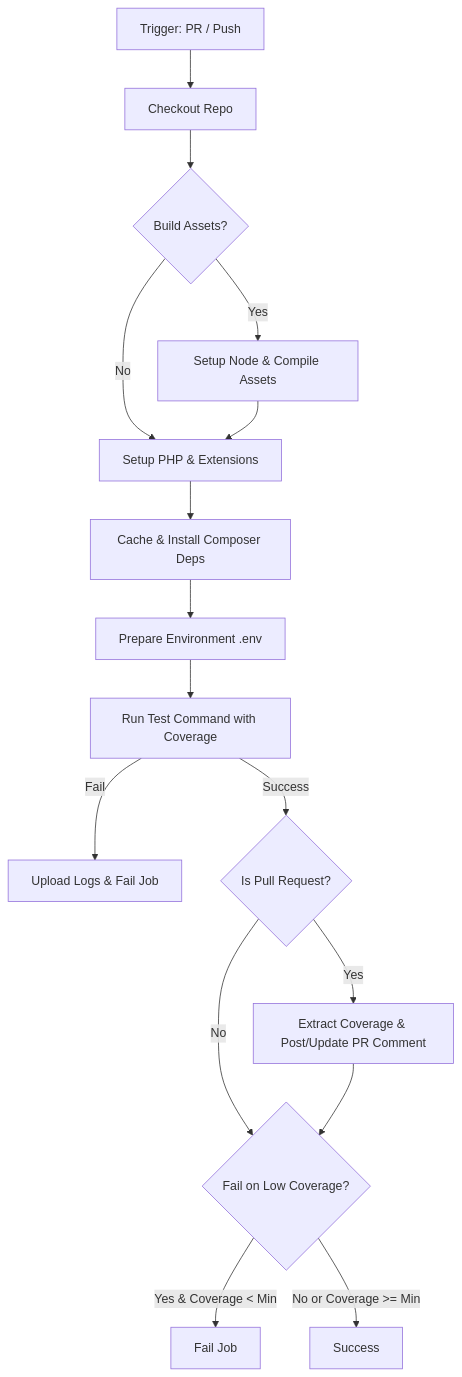
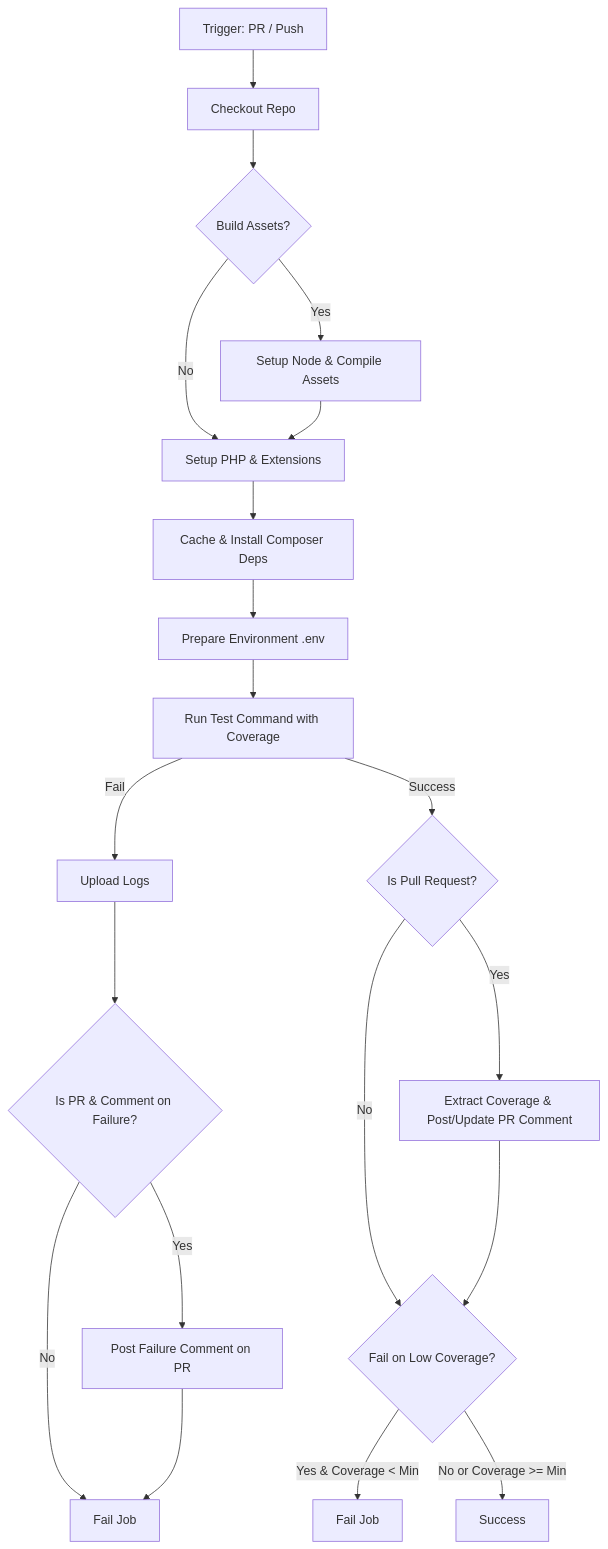
One commit to ym-actions/laravel-coverage-comment changed the diagram in README.md. Above: the diagram before and after it, drawn with Mermaid. The commit also changed other lines of this file and 2 other files, not shown here.

Commit message:
Add PR comments for failed test runs

````diff
--- a/README.md
+++ b/README.md
@@ -30,18 +31,22 @@
 ```mermaid
 graph TD
     A[Trigger: PR / Push] --> B[Checkout Repo]
     B --> C{Build Assets?}
     C -->|Yes| D[Setup Node & Compile Assets]
     C -->|No| E[Setup PHP & Extensions]
     D --> E
     E --> F[Cache & Install Composer Deps]
     F --> G[Prepare Environment .env]
     G --> H[Run Test Command with Coverage]
-    H -->|Fail| I[Upload Logs & Fail Job]
-    H -->|Success| J{Is Pull Request?}
-    J -->|Yes| K[Extract Coverage & Post/Update PR Comment]
-    J -->|No| L{Fail on Low Coverage?}
+    H -->|Fail| I[Upload Logs]
+    I --> J{Is PR & Comment on Failure?}
+    J -->|Yes| K[Post Failure Comment on PR]
+    J -->|No| L[Fail Job]
     K --> L
-    L -->|Yes & Coverage < Min| M[Fail Job]
-    L -->|No or Coverage >= Min| N[Success]
+    H -->|Success| M{Is Pull Request?}
+    M -->|Yes| N[Extract Coverage & Post/Update PR Comment]
+    M -->|No| O{Fail on Low Coverage?}
+    N --> O
+    O -->|Yes & Coverage < Min| P[Fail Job]
+    O -->|No or Coverage >= Min| Q[Success]
 ```
````
